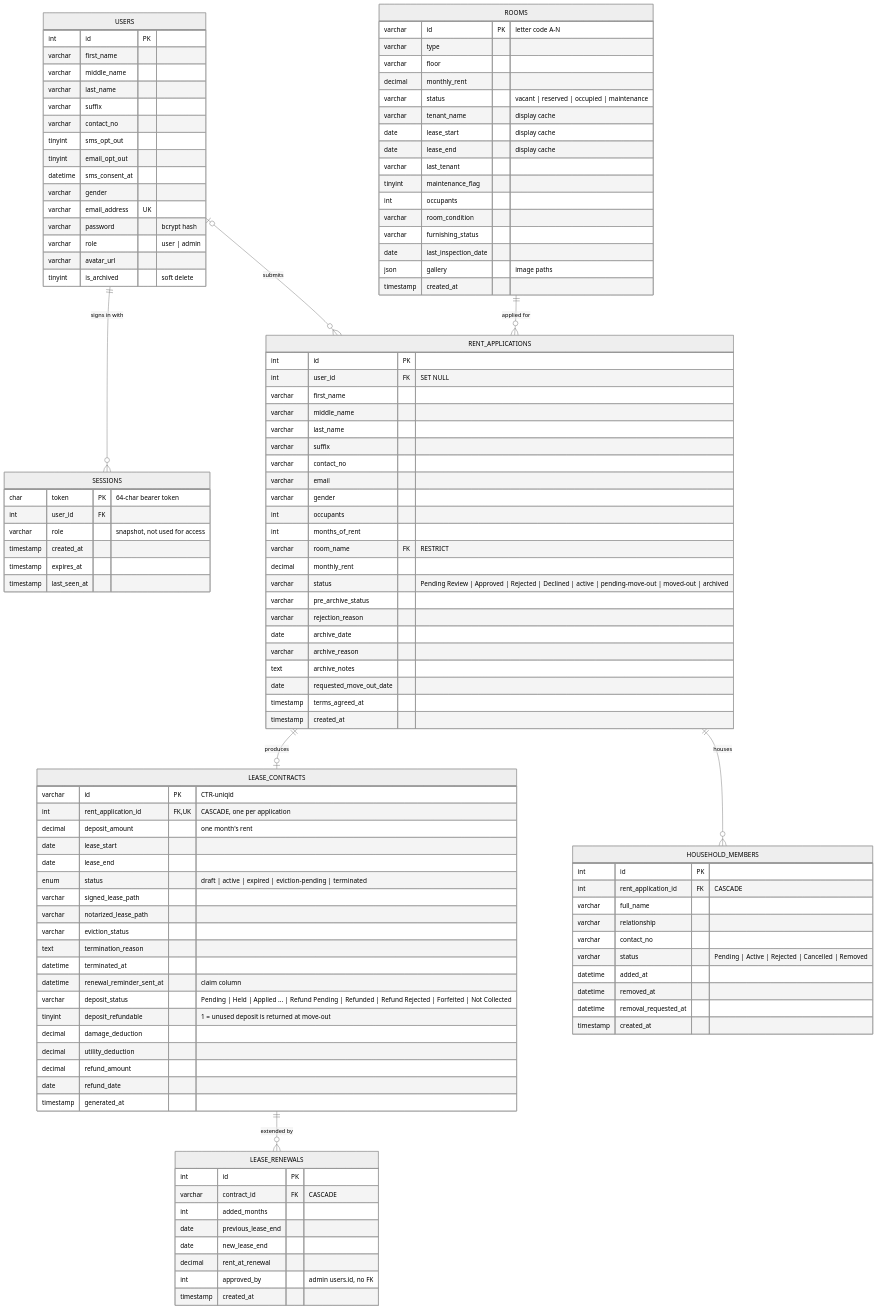
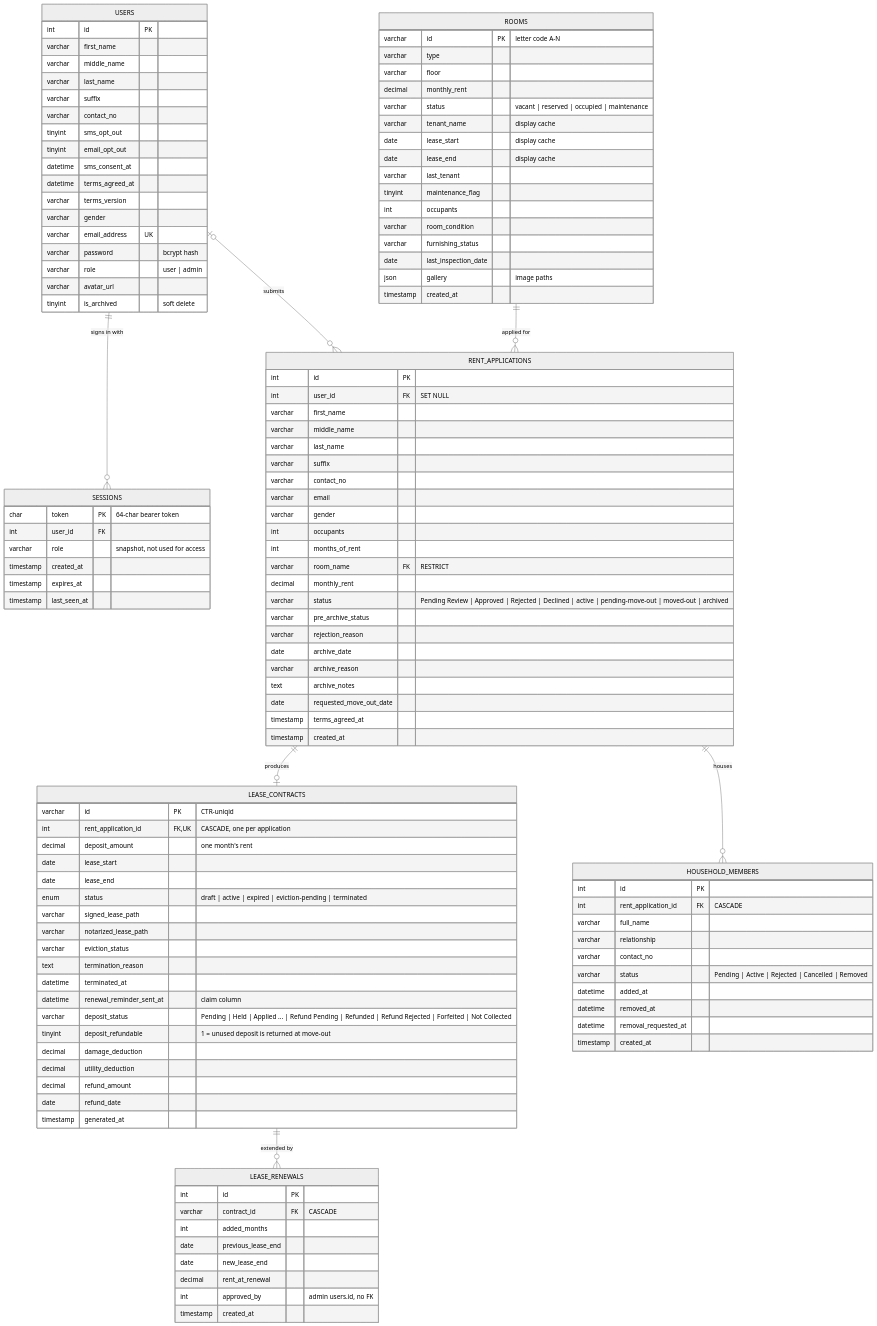
One commit to Keonbe/ApartmentManagementSystem_React changed the second of 24 diagrams in docs/documentation/system_diagrams.md. Above: the diagram before and after it, drawn with Mermaid (neutral theme). The commit also changed 49 other files, not shown here.

```diff
--- a/docs/documentation/system_diagrams.md
+++ b/docs/documentation/system_diagrams.md
@@ -120,6 +120,8 @@
         tinyint sms_opt_out
         tinyint email_opt_out
         datetime sms_consent_at
+        datetime terms_agreed_at
+        varchar terms_version
         varchar gender
         varchar email_address UK
         varchar password "bcrypt hash"
```
